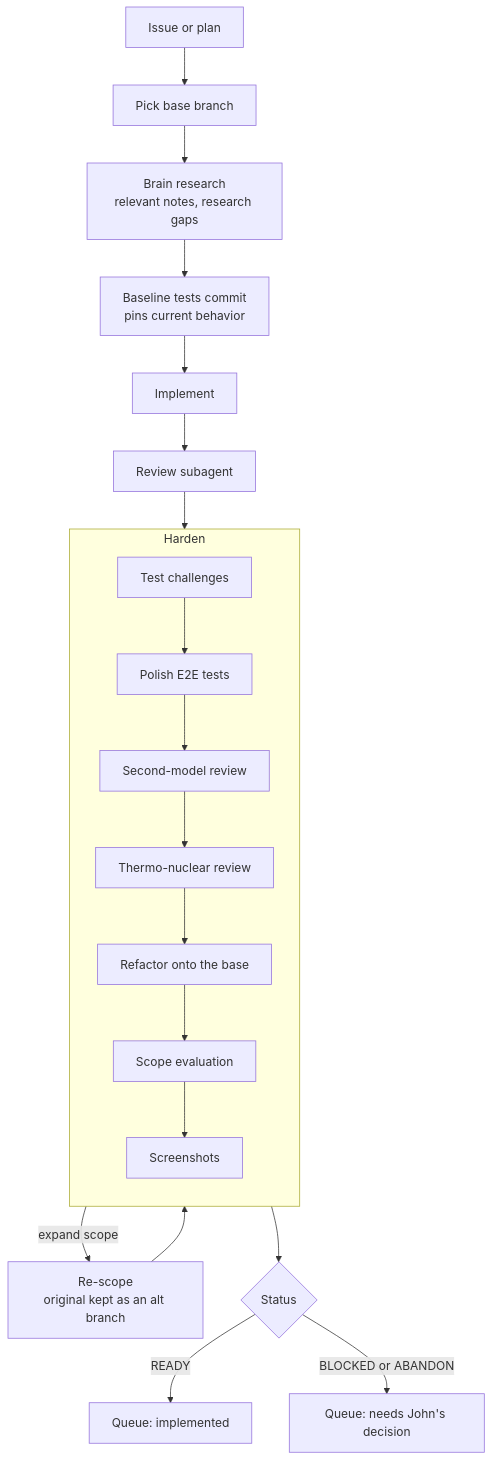
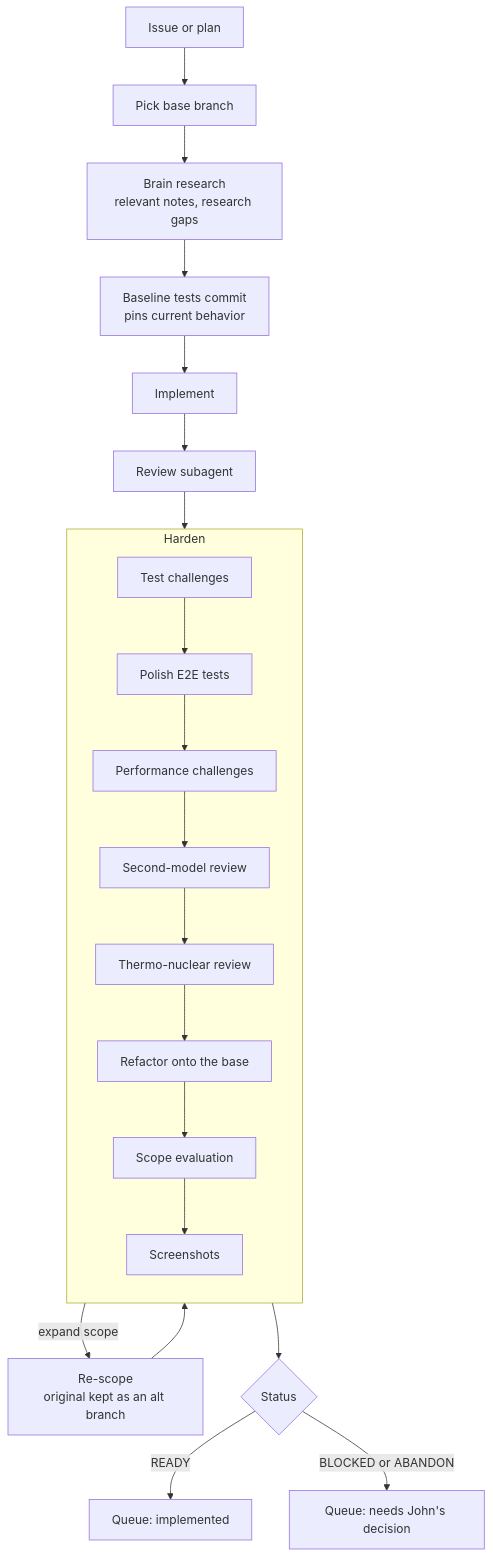
Before and after one commit to jmchilton/galaxy-brain: the third of 4 diagrams in vault/agents/factory/BRANCH_FACTORY.md, drawn with Mermaid. The commit also changed other lines of this file and 7 other files, not shown here.

First line of the commit message:
Performance challenges: GX_PROCESS_CHALLENGE_PERFORMANCE harden step and gx_performance_challenger reviewer

````diff
--- a/vault/agents/factory/BRANCH_FACTORY.md
+++ b/vault/agents/factory/BRANCH_FACTORY.md
@@ -64,23 +64,24 @@
 ```mermaid
 flowchart TD
   P["Issue or plan"] --> Base["Pick base branch"]
   Base --> BR["Brain research<br/>relevant notes, research gaps"]
   BR --> BT["Baseline tests commit<br/>pins current behavior"]
   BT --> Impl["Implement"]
   Impl --> Rev["Review subagent"]
   Rev --> H
   subgraph H["Harden"]
     direction TB
     TC["Test challenges"] --> E2E["Polish E2E tests"]
-    E2E --> CX["Second-model review"]
+    E2E --> PC["Performance challenges"]
+    PC --> CX["Second-model review"]
     CX --> TN["Thermo-nuclear review"]
     TN --> RB["Refactor onto the base"]
     RB --> SE["Scope evaluation"]
     SE --> SS["Screenshots"]
   end
   SE -->|"expand scope"| RS["Re-scope<br/>original kept as an alt branch"]
   RS --> H
   H --> St{"Status"}
   St -->|READY| Q["Queue: implemented"]
   St -->|"BLOCKED or ABANDON"| Dec["Queue: needs John's decision"]
 ```
````
